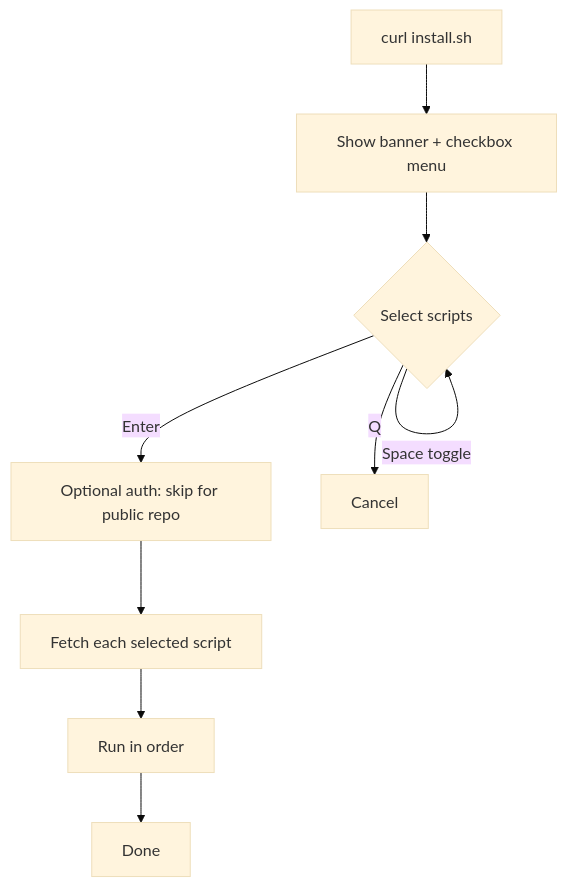
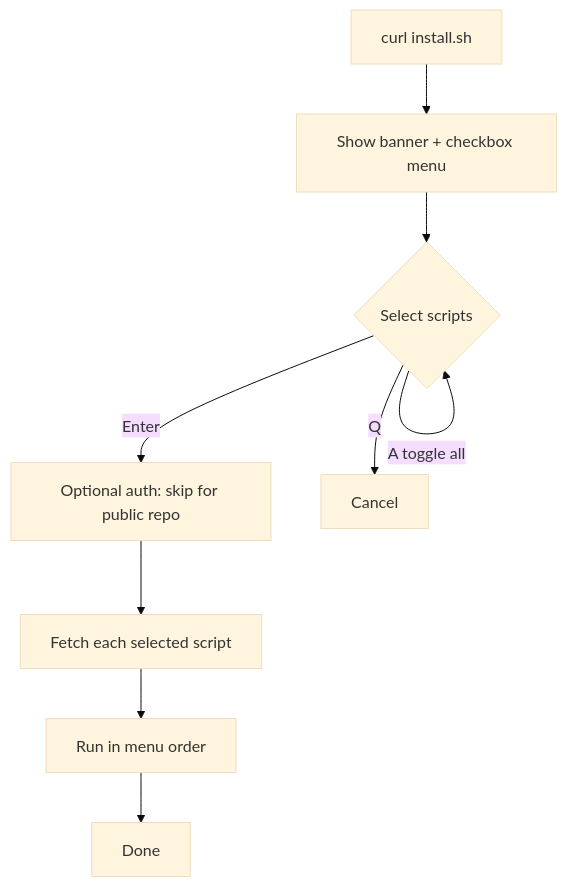
Before and after one commit to wanforge/wanforge: the diagram in .shell/README.md, drawn with Mermaid (base theme). The commit also changed other lines of this file and 2 other files, not shown here.

First line of the commit message:
Add setup-pm2-app.sh; document all scripts in README

````diff
--- a/.shell/README.md
+++ b/.shell/README.md
@@ -93,11 +174,12 @@
 ```mermaid
 flowchart TD
     A[curl install.sh] --> B[Show banner + checkbox menu]
     B --> C{Select scripts}
     C -->|Space toggle| C
+    C -->|A toggle all| C
     C -->|Enter| D[Optional auth: skip for public repo]
     D --> E[Fetch each selected script]
-    E --> F[Run in order]
+    E --> F[Run in menu order]
     F --> G[Done]
     C -->|Q| H[Cancel]
 ```
````
